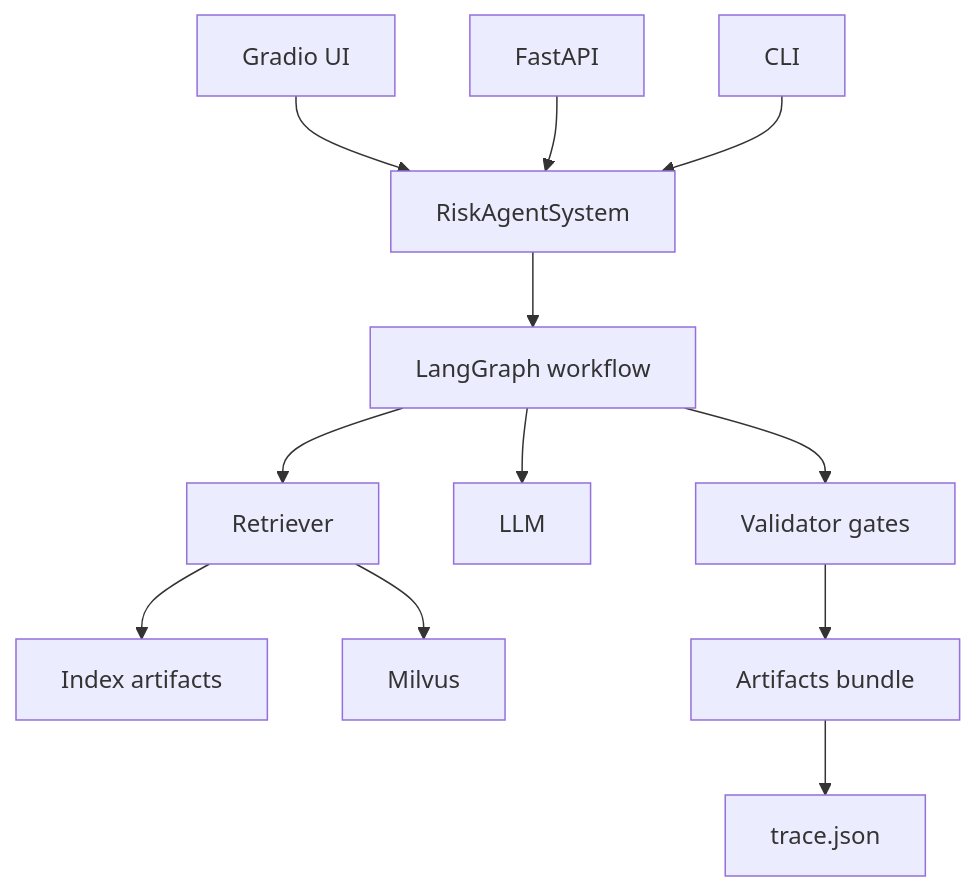
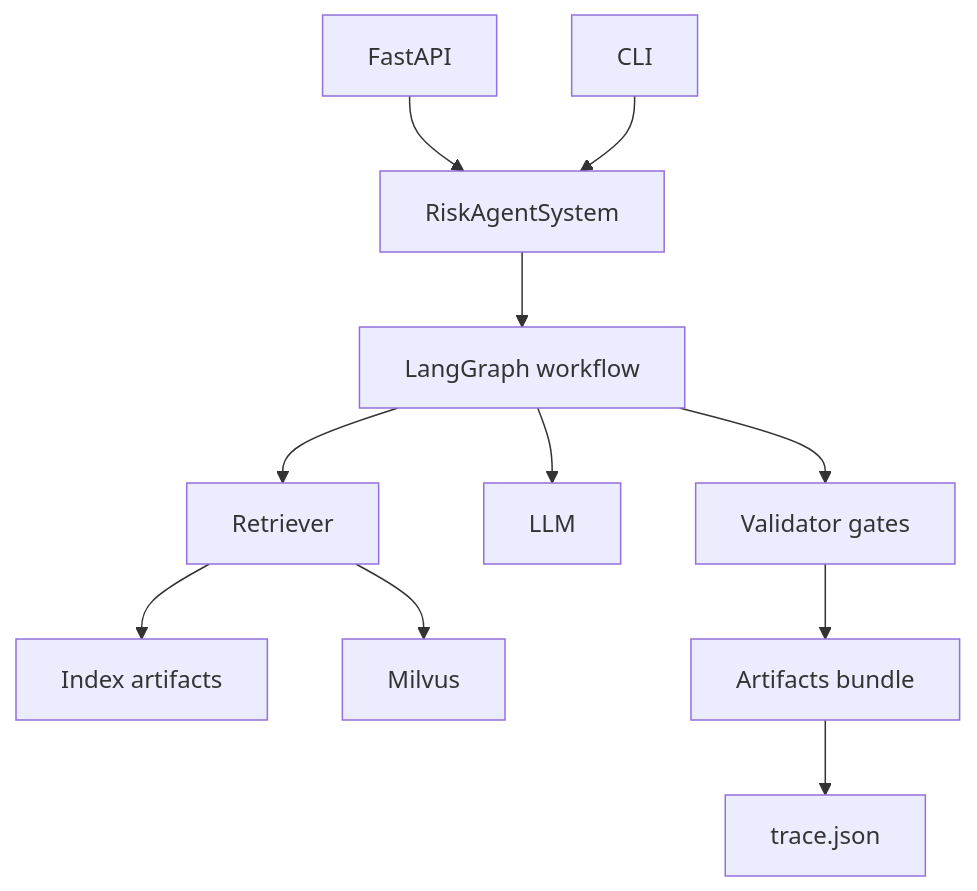
One commit to Zheng-Chuan/RiskAgent-AgenticRAG changed the first of 3 diagrams in docs/ARCHITECTURE.md. Above: the diagram before and after it, drawn with Mermaid. The commit also changed other lines of this file and 33 other files, not shown here.

````diff
--- a/docs/ARCHITECTURE.md
+++ b/docs/ARCHITECTURE.md
@@ -13,14 +13,13 @@
 ```mermaid
 flowchart TB
-  UI[Gradio UI] --> APP[RiskAgentSystem]
-  API[FastAPI] --> APP
+  API[FastAPI] --> APP[RiskAgentSystem]
   CLI[CLI] --> APP
   APP --> LG[LangGraph workflow]
   LG --> RET[Retriever]
   RET --> IDX[Index artifacts]
   RET --> MIL[Milvus]
   LG --> LLM[LLM]
   LG --> GATE[Validator gates]
   GATE --> ART[Artifacts bundle]
   ART --> TR[trace.json]
 ```
````
